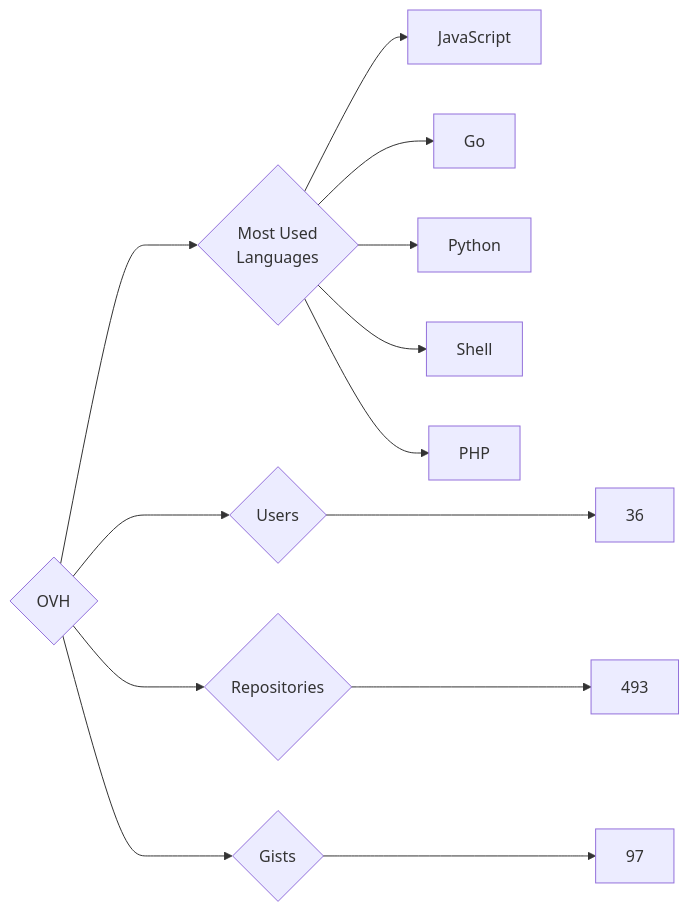
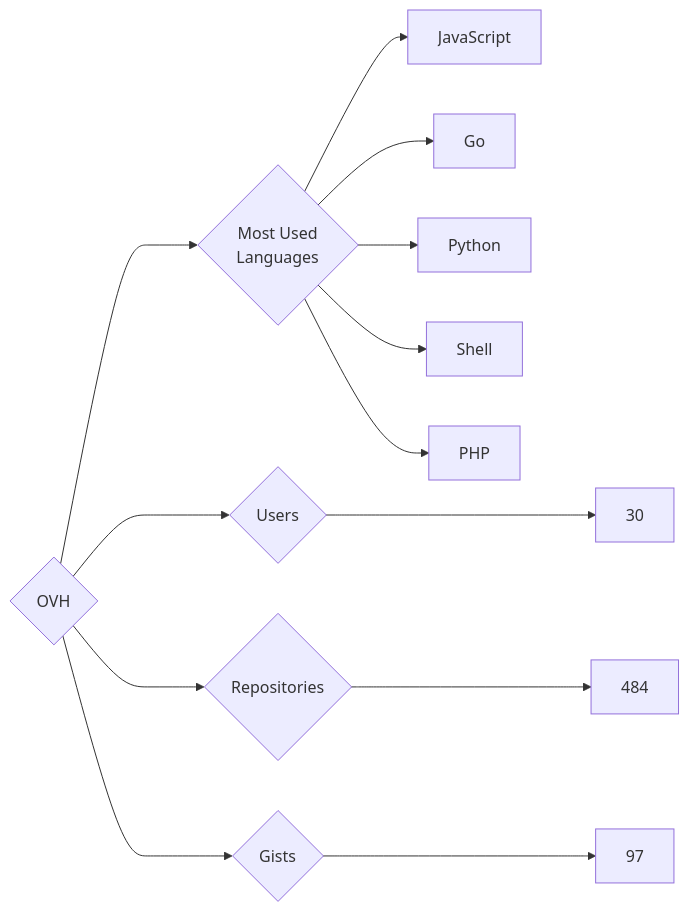
Before and after one commit to trickest/insiders: the diagram in targets/OVH/README.md, drawn with Mermaid. The commit also changed 1011 other files, not shown here.

````diff
--- a/targets/OVH/README.md
+++ b/targets/OVH/README.md
@@ -3,13 +3,13 @@
 ```mermaid
 graph LR
 COMPANY_NAME{OVH}
-COMPANY_NAME ---> U{Users} ---> UN[36]
-COMPANY_NAME ---> R{Repositories} ---> RN[493]
+COMPANY_NAME ---> U{Users} ---> UN[30]
+COMPANY_NAME ---> R{Repositories} ---> RN[484]
 COMPANY_NAME ---> G{Gists} ---> GN[97]
 COMPANY_NAME ---> ML{Most Used<br>Languages}
 ML --> JavaScript[JavaScript]
 ML --> Go[Go]
 ML --> Python[Python]
 ML --> Shell[Shell]
 ML --> PHP[PHP]
 ```
````
